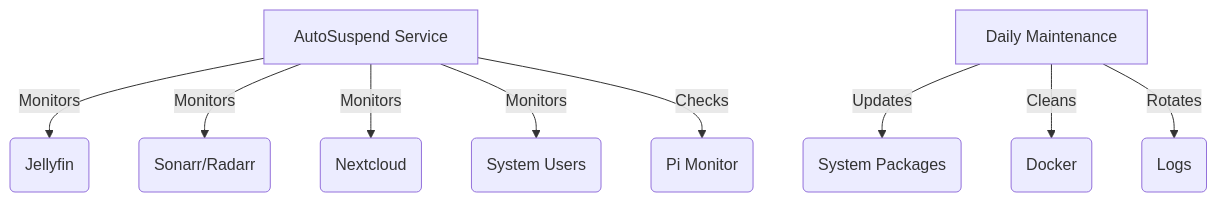
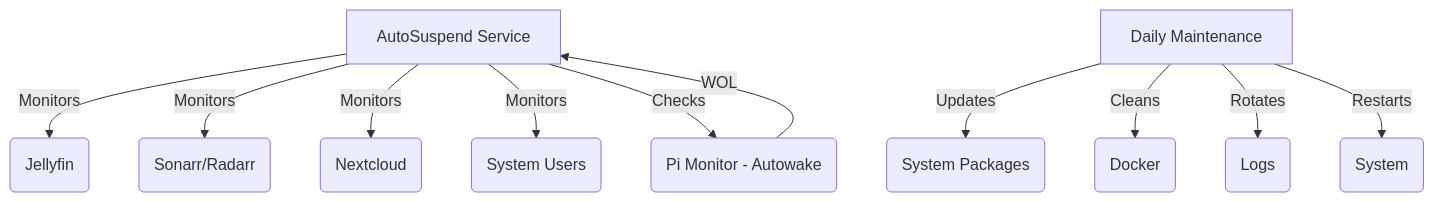
One commit to pirelike/mediaserver-autosuspend changed the diagram in README.md. Above: the diagram before and after it, drawn with Mermaid. The commit also changed other lines of this file, not shown here.

````diff
--- a/README.md
+++ b/README.md
@@ -159,11 +229,13 @@
 ```mermaid
 graph TD
     A[AutoSuspend Service] -->|Monitors| B(Jellyfin)
     A -->|Monitors| C(Sonarr/Radarr)
     A -->|Monitors| D(Nextcloud)
     A -->|Monitors| E(System Users)
-    A -->|Checks| F(Pi Monitor)
+    A -->|Checks| F(Pi Monitor - Autowake)
+    F -->|WOL| A
     G[Daily Maintenance] -->|Updates| H(System Packages)
     G -->|Cleans| I(Docker)
     G -->|Rotates| J(Logs)
+    G -->|Restarts| K(System)
 ```
````
